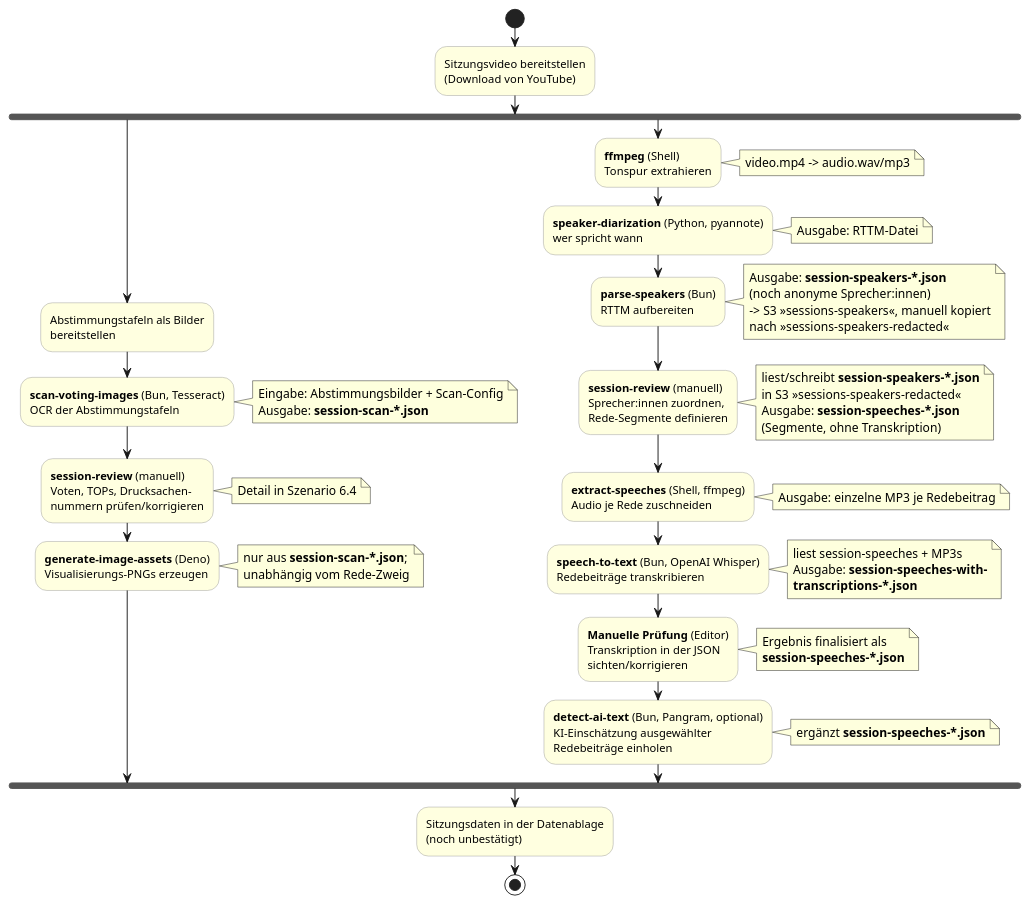
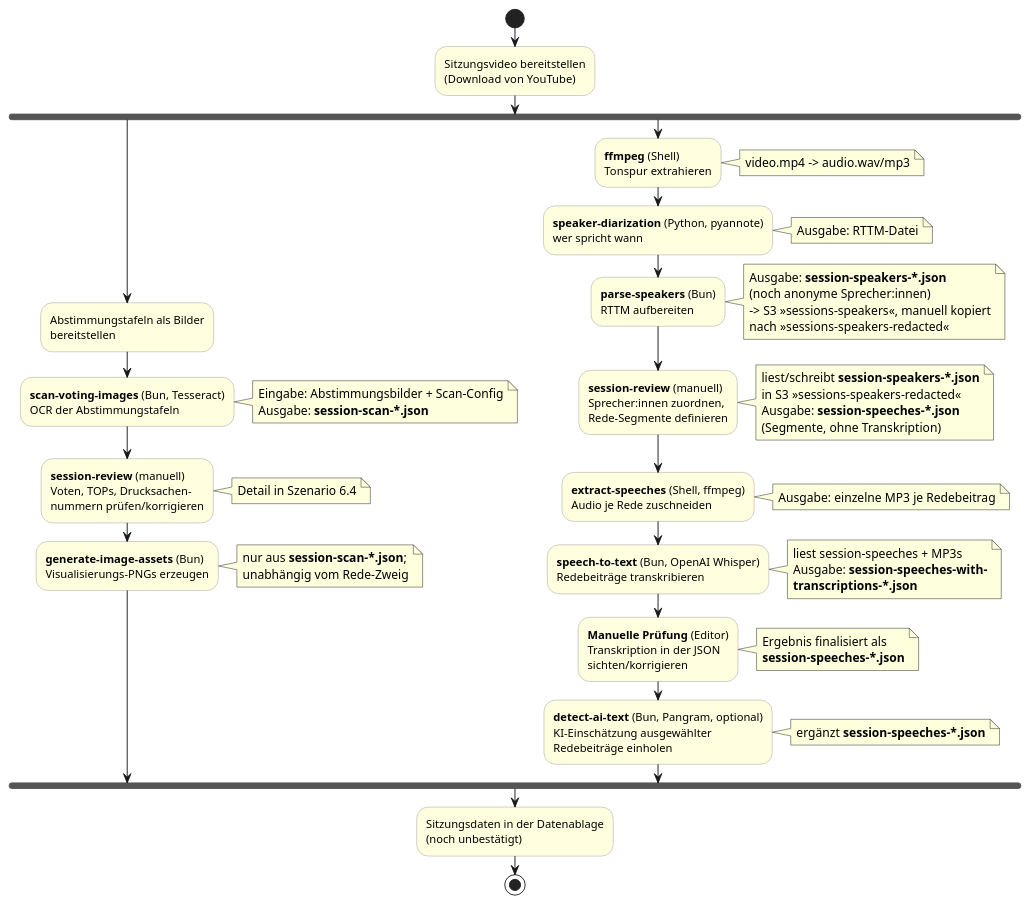
One commit to ungeschneuer/StadtratWatch-Leipzig changed the diagram in docs/arc42/06-laufzeitsicht/01-sitzungsverarbeitung.adoc. Above: the diagram before and after it, drawn with PlantUML. The commit also changed other lines of this file and 23 other files, not shown here.

First line of the commit message:
feat(generate-image-assets): move generate-image-assets to Bun (#568) (#589)

```diff
--- a/docs/arc42/06-laufzeitsicht/01-sitzungsverarbeitung.adoc
+++ b/docs/arc42/06-laufzeitsicht/01-sitzungsverarbeitung.adoc
@@ -36,70 +36,70 @@
 [plantuml,lz-sitzungsverarbeitung,svg]
 ....
 @startuml
 skinparam shadowing false
 skinparam activity {
   BackgroundColor #lightyellow
   BorderColor #999999
 }
 
 start
 :Sitzungsvideo bereitstellen\n(Download von YouTube);
 
 fork
   ' --- Abstimmungs-Zweig (OCR) ---
   :Abstimmungstafeln als Bilder\nbereitstellen;
   :**scan-voting-images** (Bun, Tesseract)\nOCR der Abstimmungstafeln;
   note right
     Eingabe: Abstimmungsbilder + Scan-Config
     Ausgabe: **session-scan-*.json**
   end note
   :**session-review** (manuell)\nVoten, TOPs, Drucksachen-\nnummern prüfen/korrigieren;
   note right: Detail in Szenario 6.4
-  :**generate-image-assets** (Deno)\nVisualisierungs-PNGs erzeugen;
+  :**generate-image-assets** (Bun)\nVisualisierungs-PNGs erzeugen;
   note right
     nur aus **session-scan-*.json**;
     unabhängig vom Rede-Zweig
   end note
 fork again
   ' --- Rede-Zweig (Audio) ---
   :**ffmpeg** (Shell)\nTonspur extrahieren;
   note right: video.mp4 -> audio.wav/mp3
   :**speaker-diarization** (Python, pyannote)\nwer spricht wann;
   note right: Ausgabe: RTTM-Datei
   :**parse-speakers** (Bun)\nRTTM aufbereiten;
   note right
     Ausgabe: **session-speakers-*.json**
     (noch anonyme Sprecher:innen)
     -> S3 »sessions-speakers«, manuell kopiert
     nach »sessions-speakers-redacted«
   end note
   :**session-review** (manuell)\nSprecher:innen zuordnen,\nRede-Segmente definieren;
   note right
     liest/schreibt **session-speakers-*.json**
     in S3 »sessions-speakers-redacted«
     Ausgabe: **session-speeches-*.json**
     (Segmente, ohne Transkription)
   end note
   :**extract-speeches** (Shell, ffmpeg)\nAudio je Rede zuschneiden;
   note right: Ausgabe: einzelne MP3 je Redebeitrag
   :**speech-to-text** (Bun, OpenAI Whisper)\nRedebeiträge transkribieren;
   note right
     liest session-speeches + MP3s
     Ausgabe: **session-speeches-with-**
     **transcriptions-*.json**
   end note
   :**Manuelle Prüfung** (Editor)\nTranskription in der JSON\nsichten/korrigieren;
   note right
     Ergebnis finalisiert als
     **session-speeches-*.json**
   end note
   :**detect-ai-text** (Bun, Pangram, optional)\nKI-Einschätzung ausgewählter\nRedebeiträge einholen;
   note right
     ergänzt **session-speeches-*.json**
   end note
 end fork
 
 :Sitzungsdaten in der Datenablage\n(noch unbestätigt);
 stop
 @enduml
 ....
```
